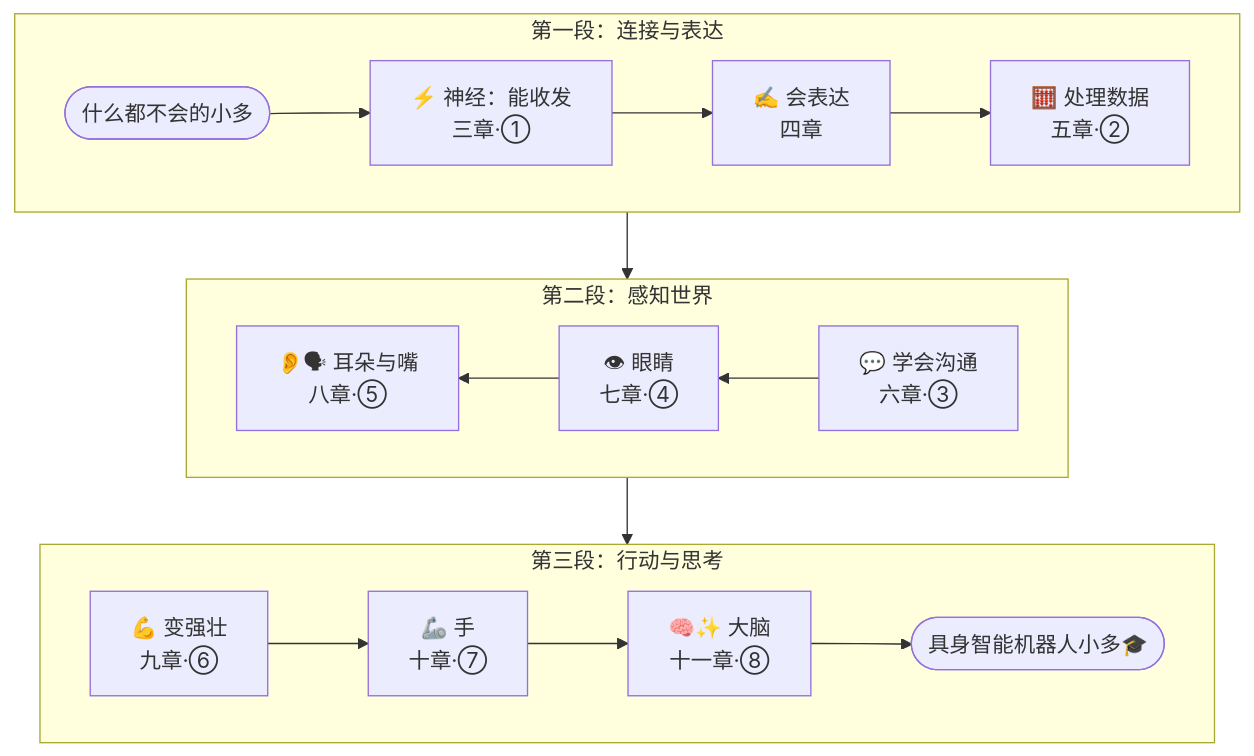
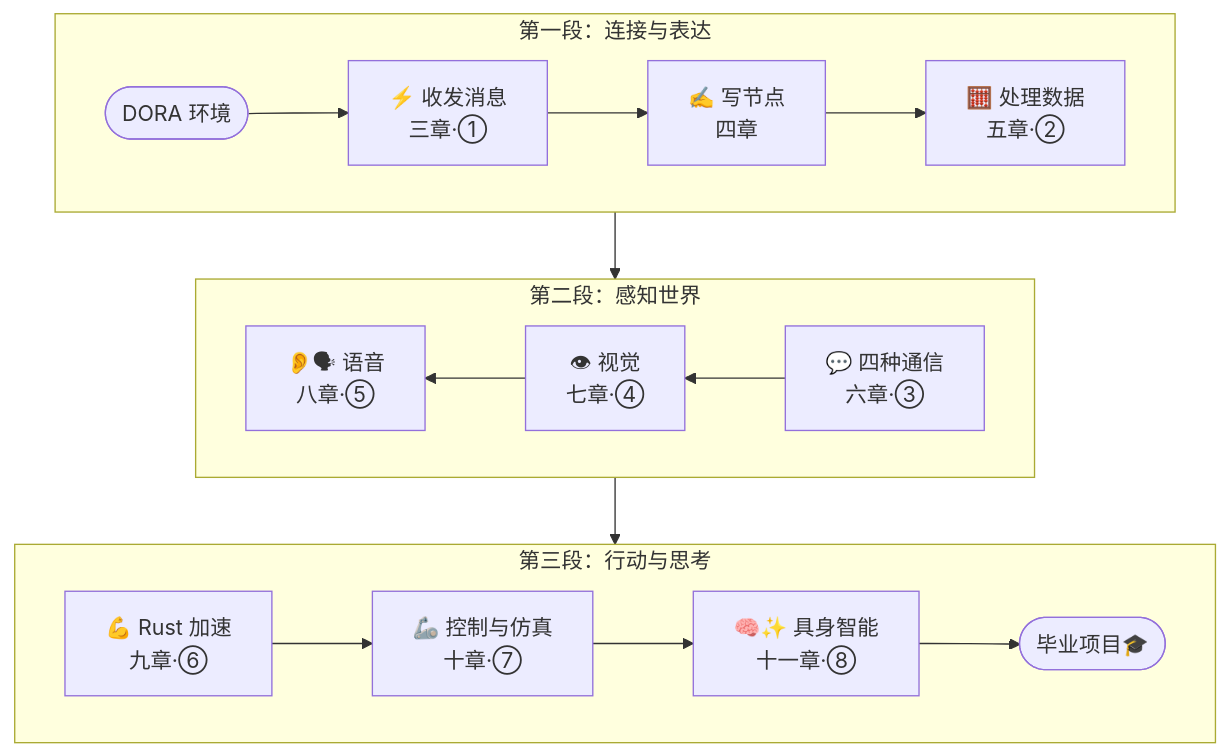
One commit to DoraCN/doracc.com changed the diagram in docs/zh/course/intro/roadmap.md. Above: the diagram before and after it, drawn with Mermaid. The commit also changed other lines of this file and 87 other files, not shown here.

````diff
--- a/docs/zh/course/intro/roadmap.md
+++ b/docs/zh/course/intro/roadmap.md
@@ -13,16 +13,16 @@
 ```mermaid
 flowchart TB
   subgraph R1[第一段：连接与表达]
     direction LR
-    S([什么都不会的小多]) --> N["⚡ 神经：能收发<br/>三章·①"] --> W["✍️ 会表达<br/>四章"] --> D["🧮 处理数据<br/>五章·②"]
+    S([DORA 环境]) --> N["⚡ 收发消息<br/>三章·①"] --> W["✍️ 写节点<br/>四章"] --> D["🧮 处理数据<br/>五章·②"]
   end
   subgraph R2[第二段：感知世界]
     direction RL
-    C["💬 学会沟通<br/>六章·③"] --> Eye["👁 眼睛<br/>七章·④"] --> Ear["👂🗣 耳朵与嘴<br/>八章·⑤"]
+    C["💬 四种通信<br/>六章·③"] --> Eye["👁 视觉<br/>七章·④"] --> Ear["👂🗣 语音<br/>八章·⑤"]
   end
   subgraph R3[第三段：行动与思考]
     direction LR
-    Strong["💪 变强壮<br/>九章·⑥"] --> Hand["🦾 手<br/>十章·⑦"] --> Brain["🧠✨ 大脑<br/>十一章·⑧"] --> E([具身智能机器人小多🎓])
+    Strong["💪 Rust 加速<br/>九章·⑥"] --> Hand["🦾 控制与仿真<br/>十章·⑦"] --> Brain["🧠✨ 具身智能<br/>十一章·⑧"] --> E([毕业项目🎓])
   end
   R1 --> R2 --> R3
 ```
````
